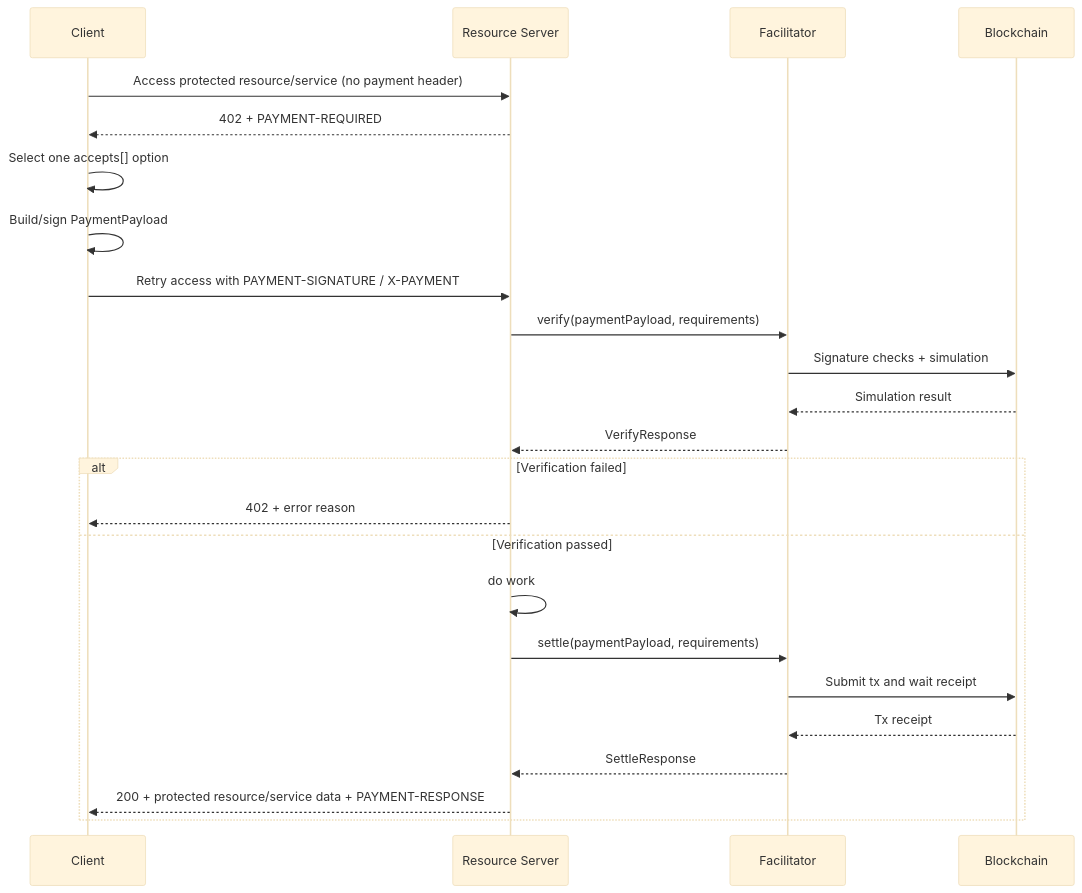
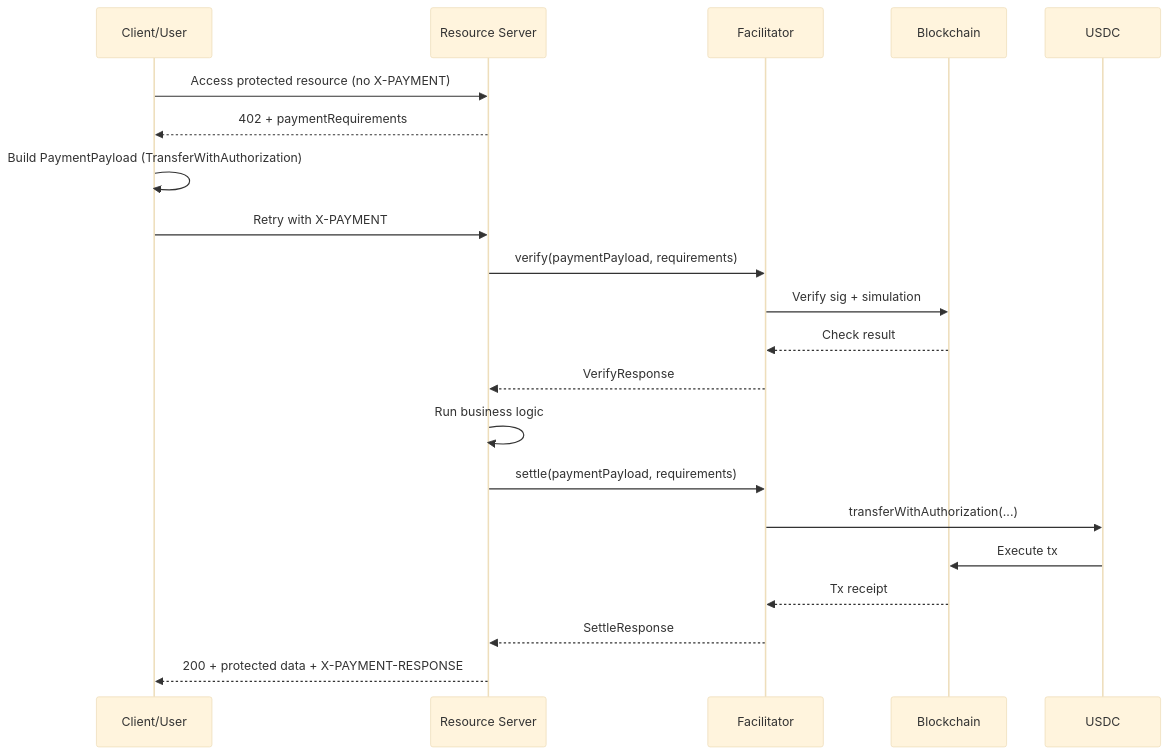
One commit to syntrust/research changed the first of 2 diagrams in x402.md. Above: the diagram before and after it, drawn with Mermaid (base theme). The commit also changed other lines of this file, not shown here.

````diff
--- a/x402.md
+++ b/x402.md
@@ -3,30 +3,28 @@
 ```mermaid
 sequenceDiagram
-    participant C as Client
+    participant C as Client/User
     participant RS as Resource Server
     participant F as Facilitator
     participant CH as Blockchain
+    participant USDC as USDC
 
-    C->>RS: Access protected resource/service (no payment header)
-    RS-->>C: 402 + PAYMENT-REQUIRED
+    C->>RS: Access protected resource (no X-PAYMENT)
+    RS-->>C: 402 + paymentRequirements
 
-    C->>C: Select one accepts[] option
-    C->>C: Build/sign PaymentPayload
-    C->>RS: Retry access with PAYMENT-SIGNATURE / X-PAYMENT
+    C->>C: Build PaymentPayload (TransferWithAuthorization)
+    C->>RS: Retry with X-PAYMENT
 
     RS->>F: verify(paymentPayload, requirements)
-    F->>CH: Signature checks + simulation
-    CH-->>F: Simulation result
+    F->>CH: Verify sig + simulation
+    CH-->>F: Check result
     F-->>RS: VerifyResponse
 
-    alt Verification failed
-        RS-->>C: 402 + error reason
-    else Verification passed
-        RS->>RS: do work
-        RS->>F: settle(paymentPayload, requirements)
-        F->>CH: Submit tx and wait receipt
-        CH-->>F: Tx receipt
-        F-->>RS: SettleResponse
-        RS-->>C: 200 + protected resource/service data + PAYMENT-RESPONSE
-    end
+    RS->>RS: Run business logic
+    RS->>F: settle(paymentPayload, requirements)
+    F->>USDC: transferWithAuthorization(...)
+    USDC->>CH: Execute tx
+    CH-->>F: Tx receipt
+    F-->>RS: SettleResponse
+    RS-->>C: 200 + protected data + X-PAYMENT-RESPONSE
+
 ```
````
